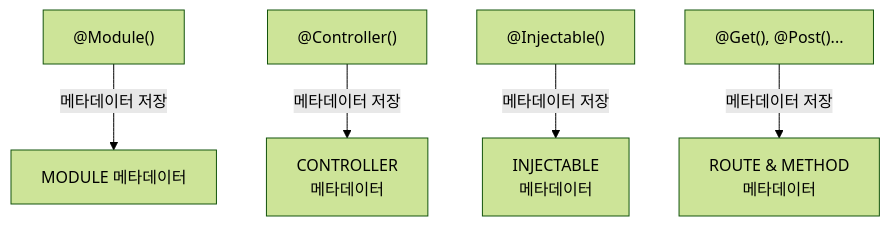
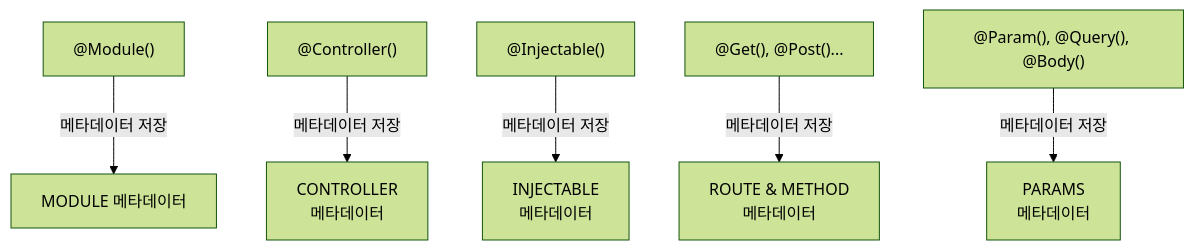
Before and after one commit to MAHT1990/self_nest: the fourth of 6 diagrams in src/core/core-concepts.md, drawn with Mermaid (forest theme). The commit also changed other lines of this file, not shown here.

````diff
--- a/src/core/core-concepts.md
+++ b/src/core/core-concepts.md
@@ -38,7 +110,8 @@
 ```mermaid
 flowchart TD
     Module["@Module()"] --> |메타데이터 저장| ModuleMeta["MODULE 메타데이터"]
     Controller["@Controller()"] --> |메타데이터 저장| ControllerMeta["CONTROLLER <br>메타데이터"]
     Injectable["@Injectable()"] --> |메타데이터 저장| InjectableMeta["INJECTABLE <br>메타데이터"]
     Route["@Get(), @Post()..."] --> |메타데이터 저장| RouteMeta["ROUTE & METHOD <br>메타데이터"]
+    ParamDecorators["@Param(), @Query(), @Body()"] --> |메타데이터 저장| ParamMeta["PARAMS <br>메타데이터"]
 ```
````
